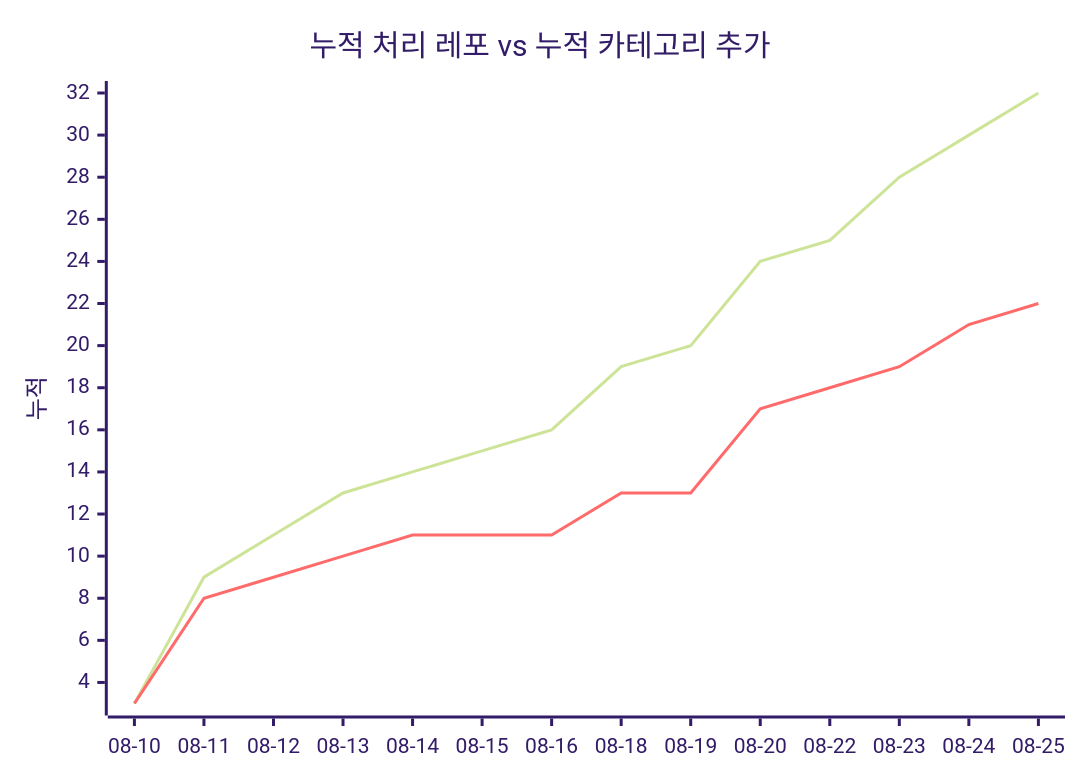
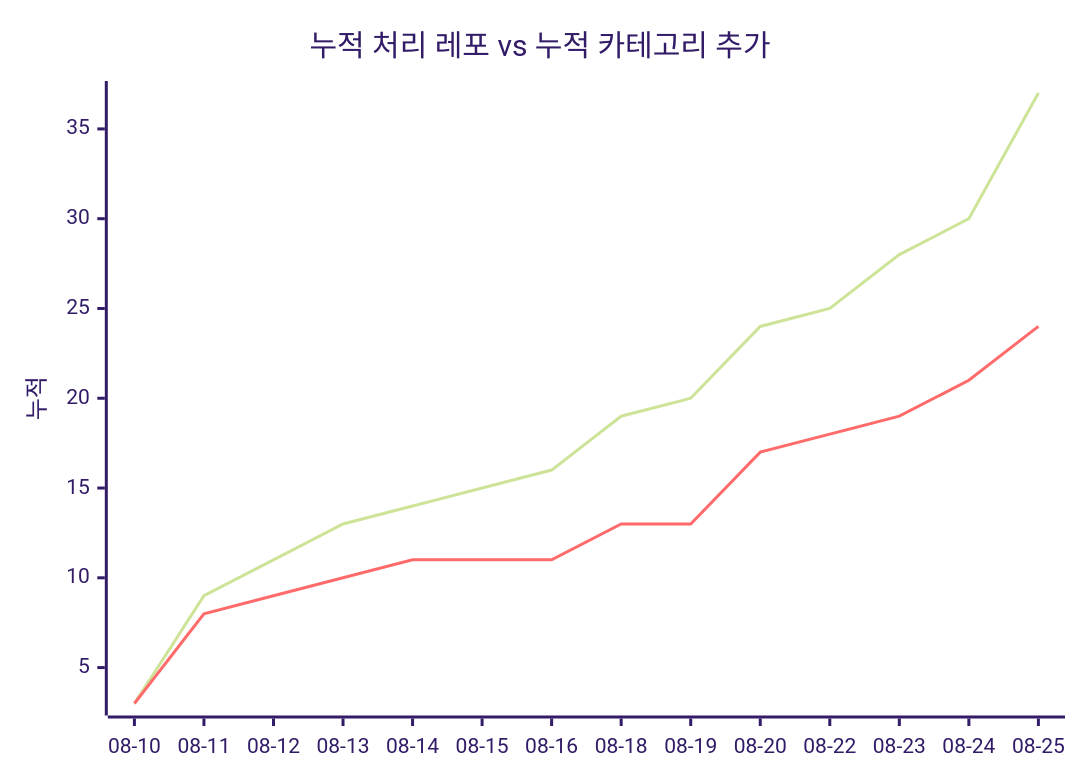
Before and after one commit to J-nowcow/awesome-korean-agent-skills: the second of 2 diagrams in docs/trends.md, drawn with Mermaid (forest theme). The commit also changed other lines of this file and 5 other files, not shown here.

````diff
--- a/docs/trends.md
+++ b/docs/trends.md
@@ -68,8 +68,8 @@
 ```mermaid
 xychart-beta
     title "누적 처리 레포 vs 누적 카테고리 추가"
     x-axis ["08-10","08-11","08-12","08-13","08-14","08-15","08-16","08-18","08-19","08-20","08-22","08-23","08-24","08-25"]
     y-axis "누적"
-    line [3,9,11,13,14,15,16,19,20,24,25,28,30,32]
-    line [3,8,9,10,11,11,11,13,13,17,18,19,21,22]
+    line [3,9,11,13,14,15,16,19,20,24,25,28,30,37]
+    line [3,8,9,10,11,11,11,13,13,17,18,19,21,24]
 ```
````
